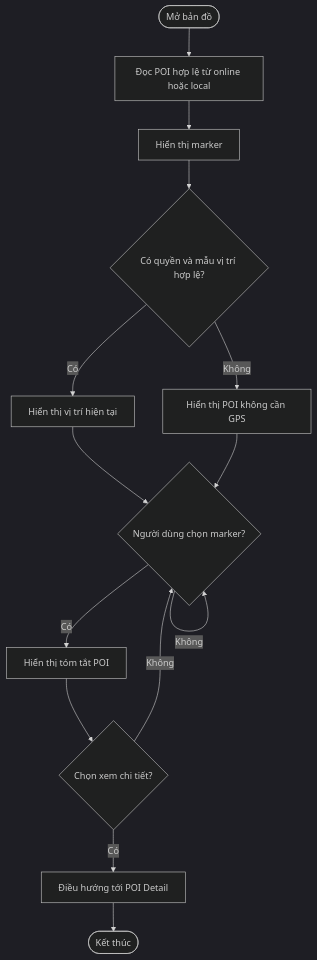
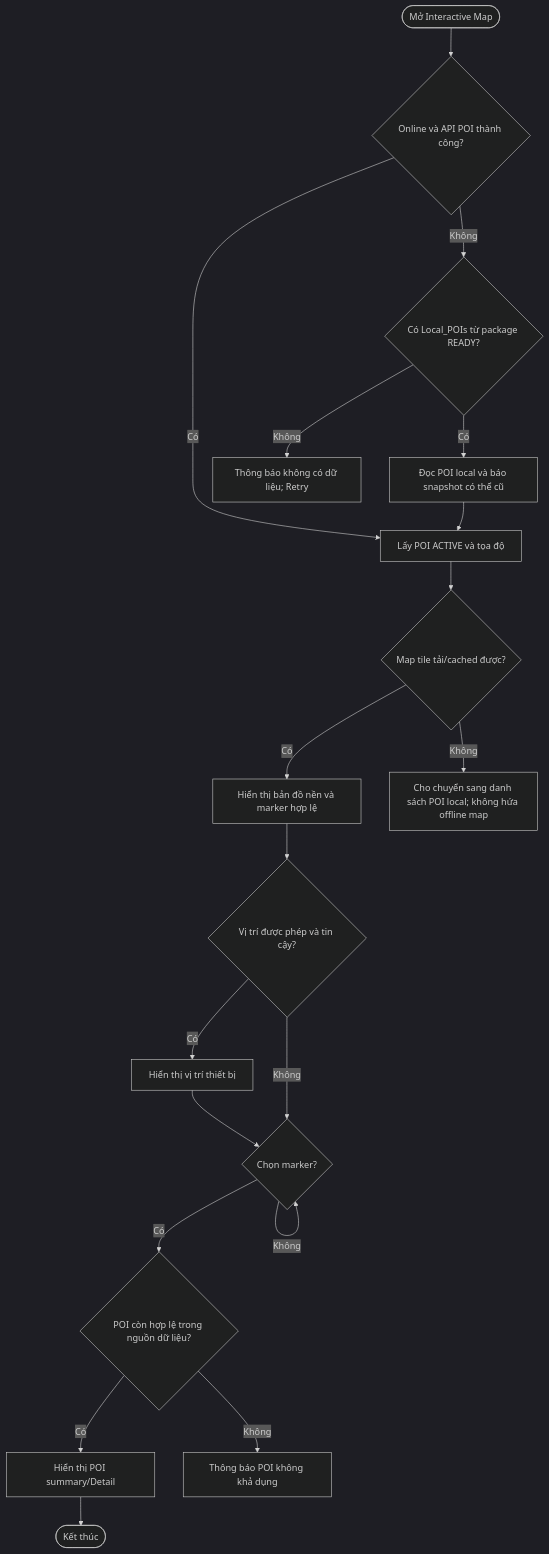
Before and after one commit to Ko4rut/multilingual-narration-backend: the diagram in docs/use-case/ft-m02-interactive-map.md, drawn with Mermaid (dark theme). The commit also changed other lines of this file, not shown here.

Commit message:
docs(use-case): cover connectivity and failure branches for ft-m02-interactive-map

````diff
--- a/docs/use-case/ft-m02-interactive-map.md
+++ b/docs/use-case/ft-m02-interactive-map.md
@@ -33,14 +36,18 @@
 ```mermaid
 flowchart TD
-    A([Mở bản đồ]) --> B[Đọc POI hợp lệ từ online hoặc local]
-    B --> C[Hiển thị marker]
-    C --> D{Có quyền và mẫu vị trí hợp lệ?}
-    D -- Có --> E[Hiển thị vị trí hiện tại]
-    D -- Không --> F[Hiển thị POI không cần GPS]
-    E --> G{Người dùng chọn marker?}
-    F --> G
-    G -- Có --> H[Hiển thị tóm tắt POI] --> I{Chọn xem chi tiết?}
-    I -- Có --> J[Điều hướng tới POI Detail] --> K([Kết thúc])
-    I -- Không --> G
-    G -- Không --> G
+ A([Mở Interactive Map]) --> B{Online và API POI thành công?}
+ B -- Có --> C[Lấy POI ACTIVE và tọa độ]
+ B -- Không --> D{Có Local_POIs từ package READY?}
+ D -- Có --> E[Đọc POI local và báo snapshot có thể cũ] --> C
+ D -- Không --> X[Thông báo không có dữ liệu; Retry]
+ C --> F{Map tile tải/cached được?}
+ F -- Có --> G[Hiển thị bản đồ nền và marker hợp lệ]
+ F -- Không --> H[Cho chuyển sang danh sách POI local; không hứa offline map]
+ G --> I{Vị trí được phép và tin cậy?}
+ I -- Có --> J[Hiển thị vị trí thiết bị] --> K{Chọn marker?}
+ I -- Không --> K
+ K -- Có --> L{POI còn hợp lệ trong nguồn dữ liệu?}
+ L -- Có --> M[Hiển thị POI summary/Detail] --> N([Kết thúc])
+ L -- Không --> O[Thông báo POI không khả dụng]
+ K -- Không --> K
 ```
````
